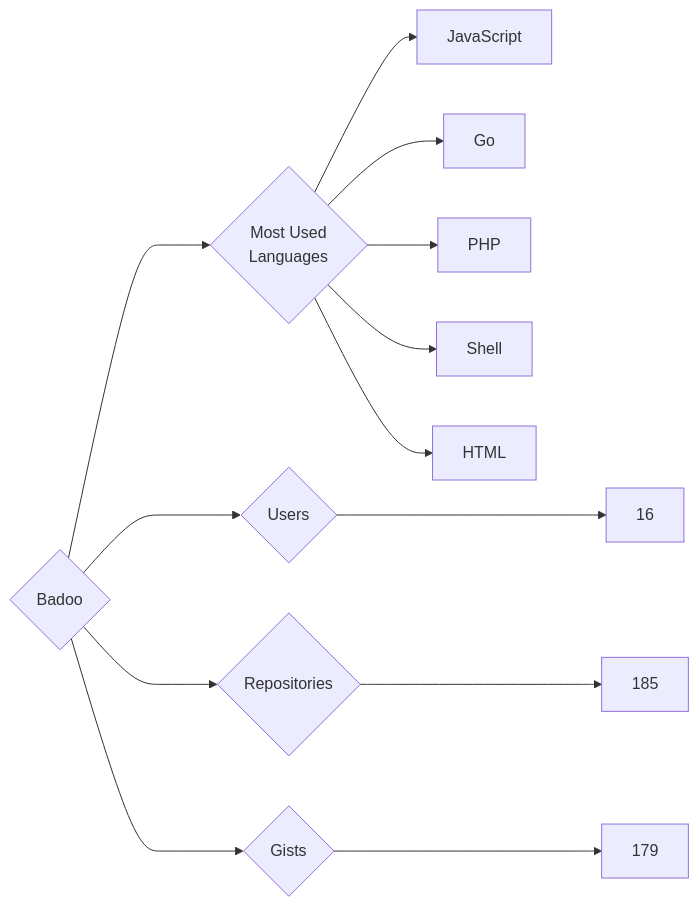
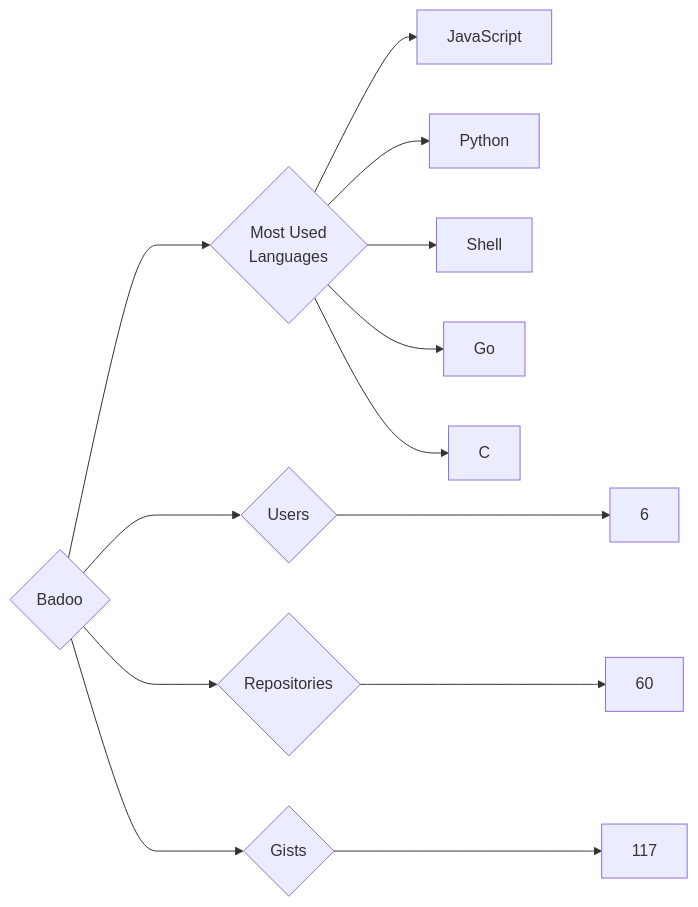
Before and after one commit to trickest/insiders: the diagram in targets/Badoo/README.md, drawn with Mermaid. The commit also changed 872 other files, not shown here.

````diff
--- a/targets/Badoo/README.md
+++ b/targets/Badoo/README.md
@@ -3,13 +3,13 @@
 ```mermaid
 graph LR
 COMPANY_NAME{Badoo}
-COMPANY_NAME ---> U{Users} ---> UN[16]
-COMPANY_NAME ---> R{Repositories} ---> RN[185]
-COMPANY_NAME ---> G{Gists} ---> GN[179]
+COMPANY_NAME ---> U{Users} ---> UN[6]
+COMPANY_NAME ---> R{Repositories} ---> RN[60]
+COMPANY_NAME ---> G{Gists} ---> GN[117]
 COMPANY_NAME ---> ML{Most Used<br>Languages}
 ML --> JavaScript[JavaScript]
+ML --> Python[Python]
+ML --> Shell[Shell]
 ML --> Go[Go]
-ML --> PHP[PHP]
-ML --> Shell[Shell]
-ML --> HTML[HTML]
+ML --> C[C]
 ```
````
